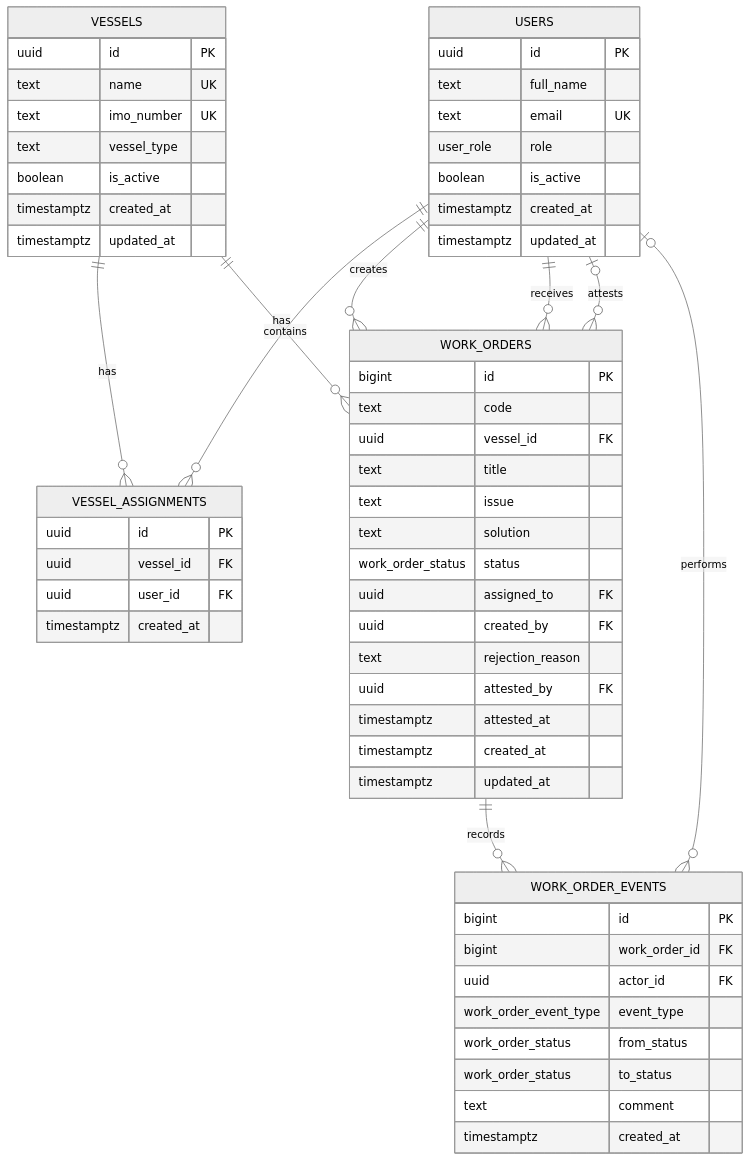
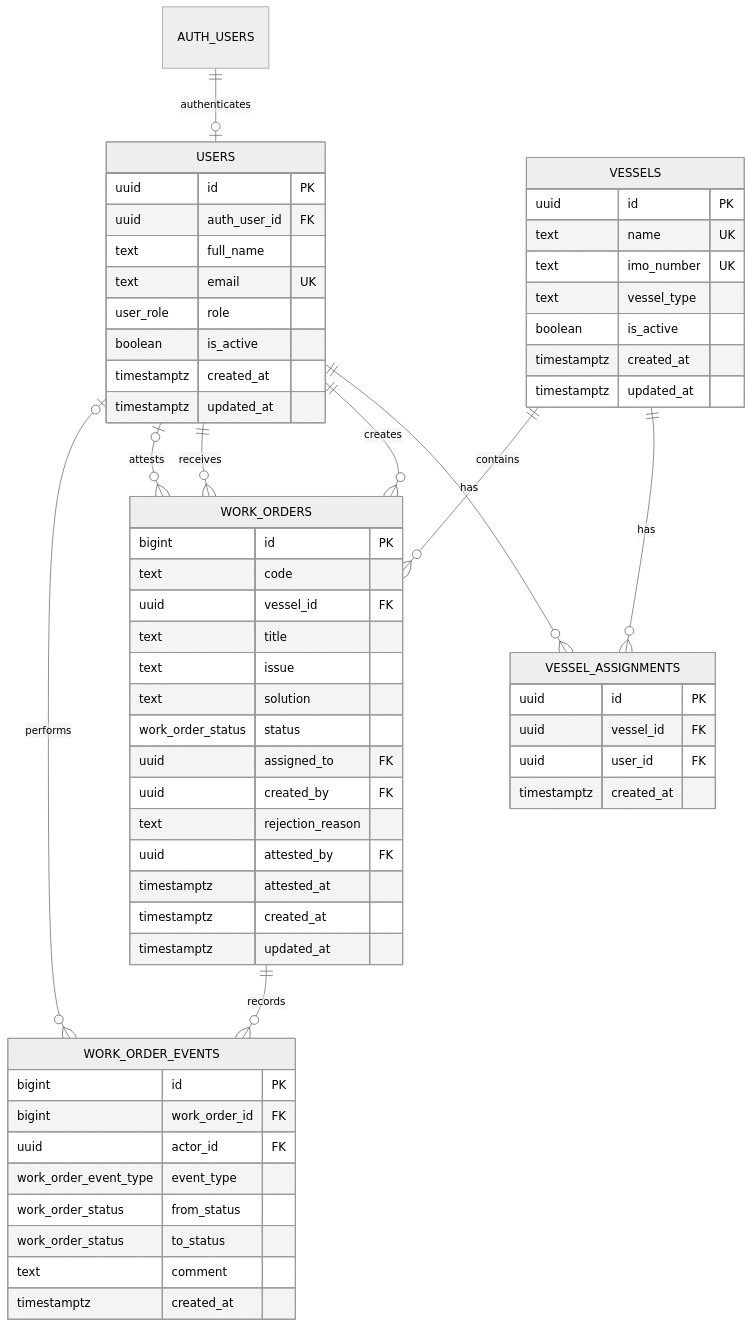
Before and after one commit to sasori13L/Technical-Assignment: the diagram in README.md, drawn with Mermaid (neutral theme). The commit also changed other lines of this file and 40 other files, not shown here.

````diff
--- a/README.md
+++ b/README.md
@@ -78,66 +72,68 @@
 ```mermaid
 erDiagram
+    AUTH_USERS ||--o| USERS : authenticates
     USERS ||--o{ VESSEL_ASSIGNMENTS : has
     VESSELS ||--o{ VESSEL_ASSIGNMENTS : has
     VESSELS ||--o{ WORK_ORDERS : contains
     USERS ||--o{ WORK_ORDERS : creates
     USERS ||--o{ WORK_ORDERS : receives
     USERS |o--o{ WORK_ORDERS : attests
     WORK_ORDERS ||--o{ WORK_ORDER_EVENTS : records
     USERS |o--o{ WORK_ORDER_EVENTS : performs
 
     USERS {
         uuid id PK
+        uuid auth_user_id FK
         text full_name
         text email UK
         user_role role
         boolean is_active
         timestamptz created_at
         timestamptz updated_at
     }
 
     VESSELS {
         uuid id PK
         text name UK
         text imo_number UK
         text vessel_type
         boolean is_active
         timestamptz created_at
         timestamptz updated_at
     }
 
     VESSEL_ASSIGNMENTS {
         uuid id PK
         uuid vessel_id FK
         uuid user_id FK
         timestamptz created_at
     }
 
     WORK_ORDERS {
         bigint id PK
         text code
         uuid vessel_id FK
         text title
         text issue
         text solution
         work_order_status status
         uuid assigned_to FK
         uuid created_by FK
         text rejection_reason
         uuid attested_by FK
         timestamptz attested_at
         timestamptz created_at
         timestamptz updated_at
     }
 
     WORK_ORDER_EVENTS {
         bigint id PK
         bigint work_order_id FK
         uuid actor_id FK
         work_order_event_type event_type
         work_order_status from_status
         work_order_status to_status
         text comment
         timestamptz created_at
     }
 ```
````
